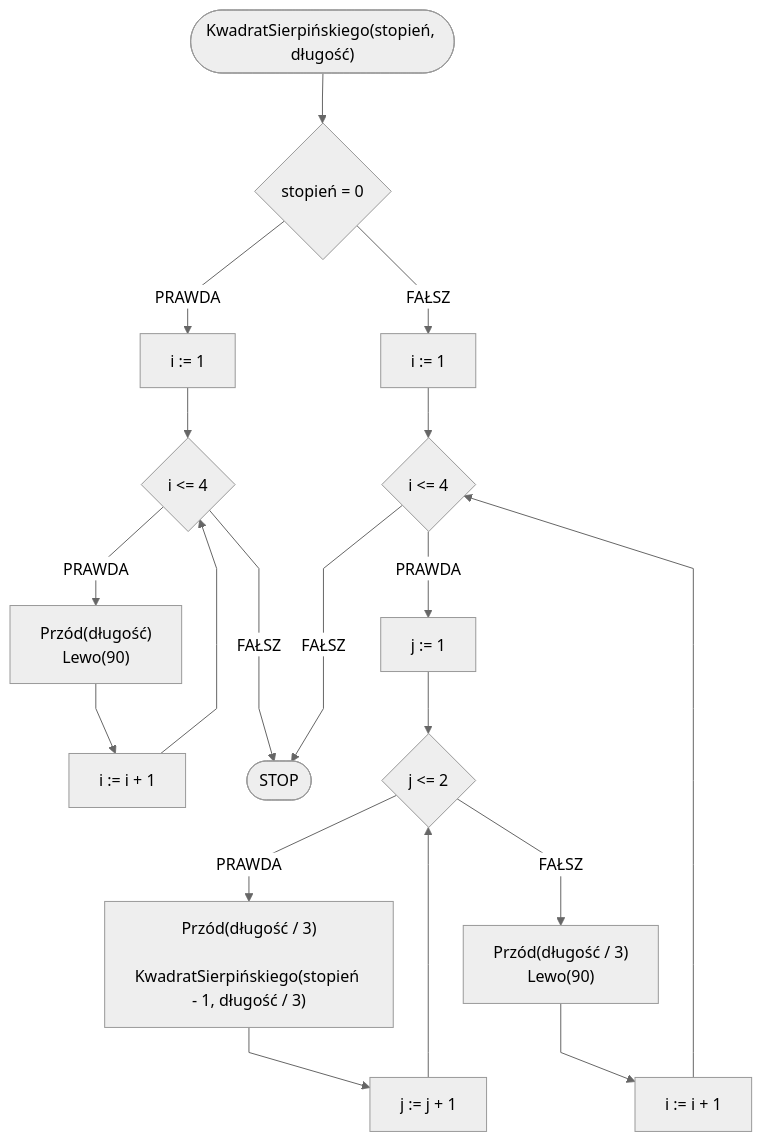
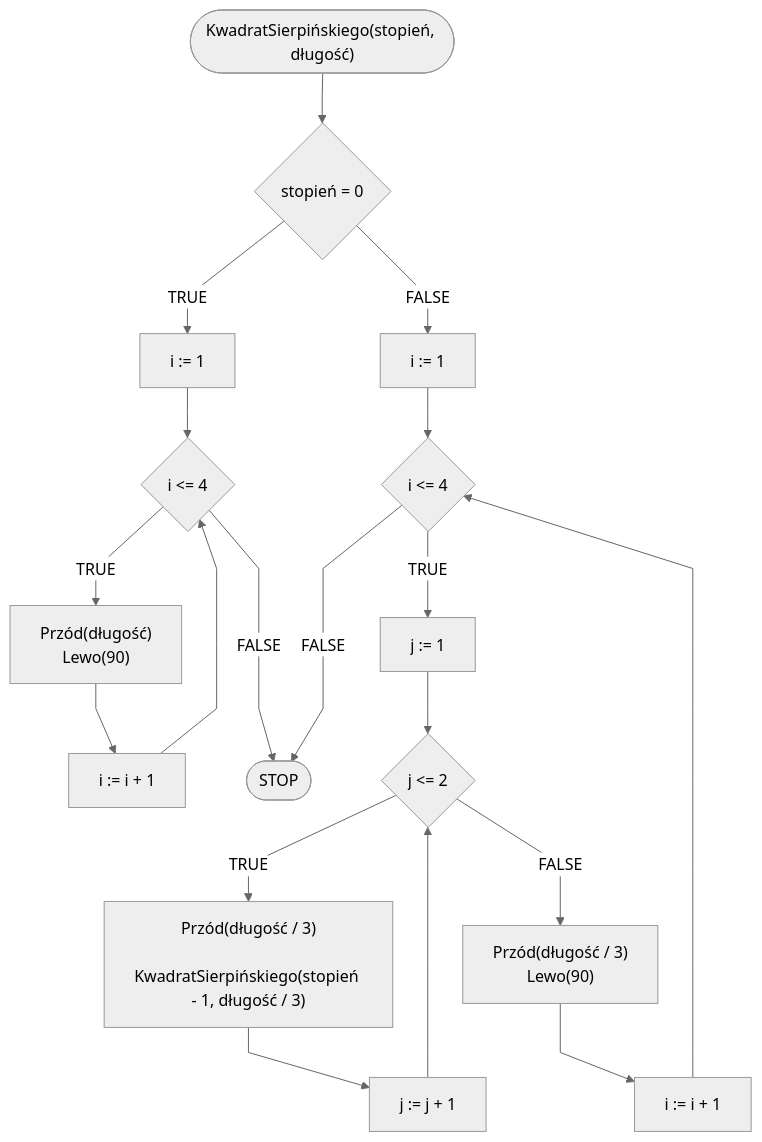
Before and after one commit to blackbat13/edu-cs-htiew-en: the diagram in docs/algorithms/fractals/sierpinski-square.md, drawn with Mermaid. The commit also changed other lines of this file and 682 other files, not shown here.

````diff
--- a/docs/algorithms/fractals/sierpinski-square.md
+++ b/docs/algorithms/fractals/sierpinski-square.md
@@ -33,25 +33,25 @@
 ```mermaid
 %%{init: {"flowchart": {"curve": "linear"}, "theme": "neutral"} }%%
 flowchart TD
     START(["KwadratSierpińskiego(stopień, długość)"]) --> K1{stopień = 0}
-    K1 -- PRAWDA --> K2p[i := 1]
+    K1 -- TRUE --> K2p[i := 1]
     K2p --> K2{i <= 4}
-    K2 -- PRAWDA --> K3["Przód(długość)
+    K2 -- TRUE --> K3["Przód(długość)
     Lewo(90)"]
     K3 --> K2i[i := i + 1]
     K2i --> K2
-    K2 -- FAŁSZ --> STOP([STOP])
-    K1 -- FAŁSZ --> K6p[i := 1]
+    K2 -- FALSE --> STOP([STOP])
+    K1 -- FALSE --> K6p[i := 1]
     K6p --> K6{i <= 4}
-    K6 -- PRAWDA --> K7p[j := 1]
+    K6 -- TRUE --> K7p[j := 1]
     K7p --> K7{j <= 2}
-    K7 -- PRAWDA --> K8["Przód(długość / 3)
+    K7 -- TRUE --> K8["Przód(długość / 3)
     KwadratSierpińskiego(stopień - 1, długość / 3)"]
     K8 --> K7i[j := j + 1]
     K7i --> K7
-    K7 -- FAŁSZ --> K10["Przód(długość / 3)
+    K7 -- FALSE --> K10["Przód(długość / 3)
     Lewo(90)"]
     K10 --> K6i[i := i + 1]
     K6i --> K6
-    K6 -- FAŁSZ ---> STOP
+    K6 -- FALSE ---> STOP
 ```
````
